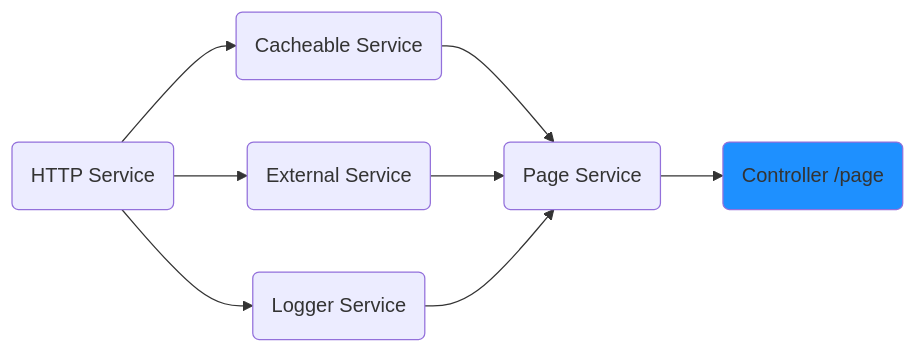
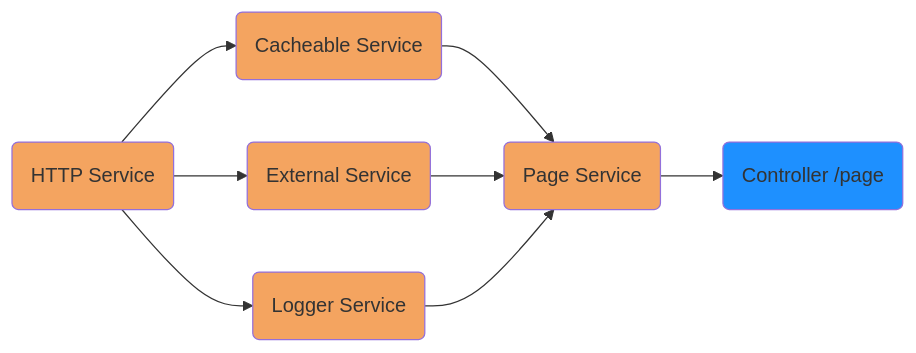
Before and after one commit to peque-ts/website: the diagram in docs/framework/providers.md, drawn with Mermaid. The commit also changed 1 other file, not shown here.

Commit message:
chore: adding missing classDef in modules and providers

````diff
--- a/docs/framework/providers.md
+++ b/docs/framework/providers.md
@@ -12,12 +12,13 @@
 ```mermaid
 graph LR
-    HTTP(HTTP Service) --> CACHE(Cacheable Service)
-    HTTP --> EXT(External Service)
-    HTTP --> LOG(Logger Service)
-    CACHE --> PAGE(Page Service)
+    HTTP(HTTP Service):::service --> CACHE(Cacheable Service):::service
+    HTTP --> EXT(External Service):::service
+    HTTP --> LOG(Logger Service):::service
+    CACHE --> PAGE(Page Service):::service
     EXT --> PAGE
     LOG --> PAGE
     PAGE --> C(Controller /page):::controller
     
     classDef controller fill:DodgerBlue
+    classDef service fill:SandyBrown
 ```
````
